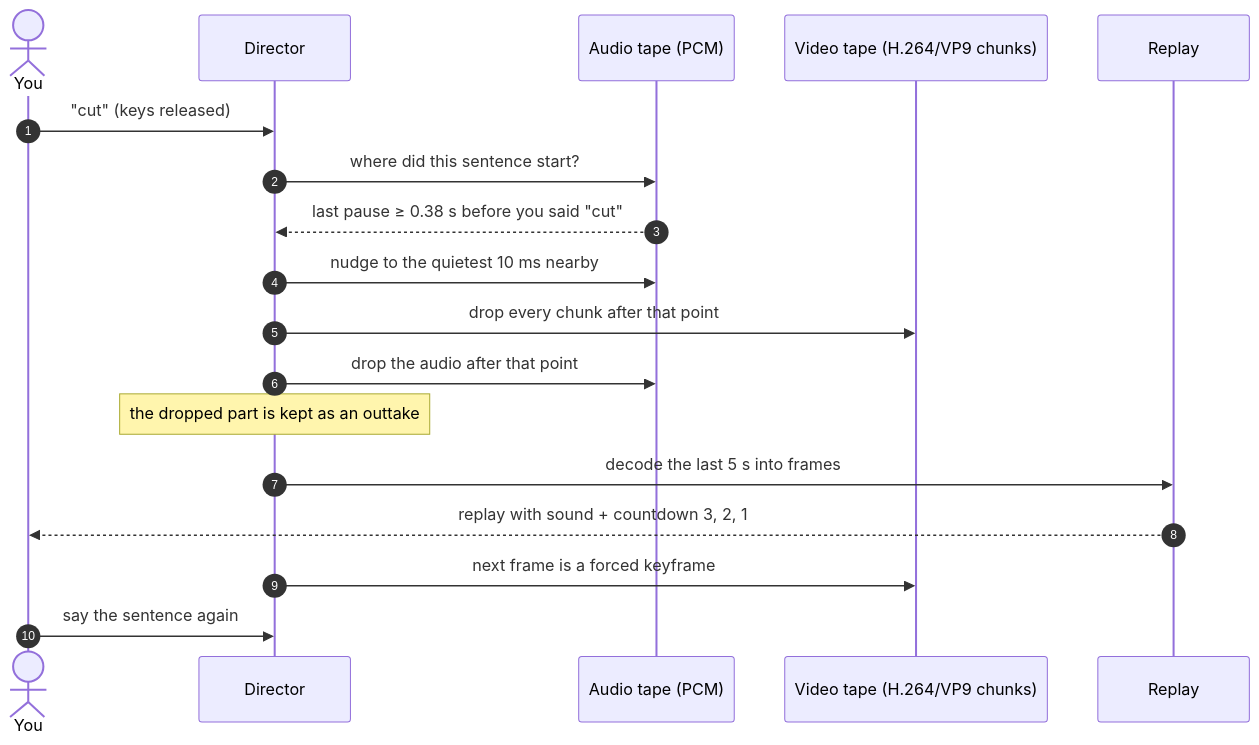
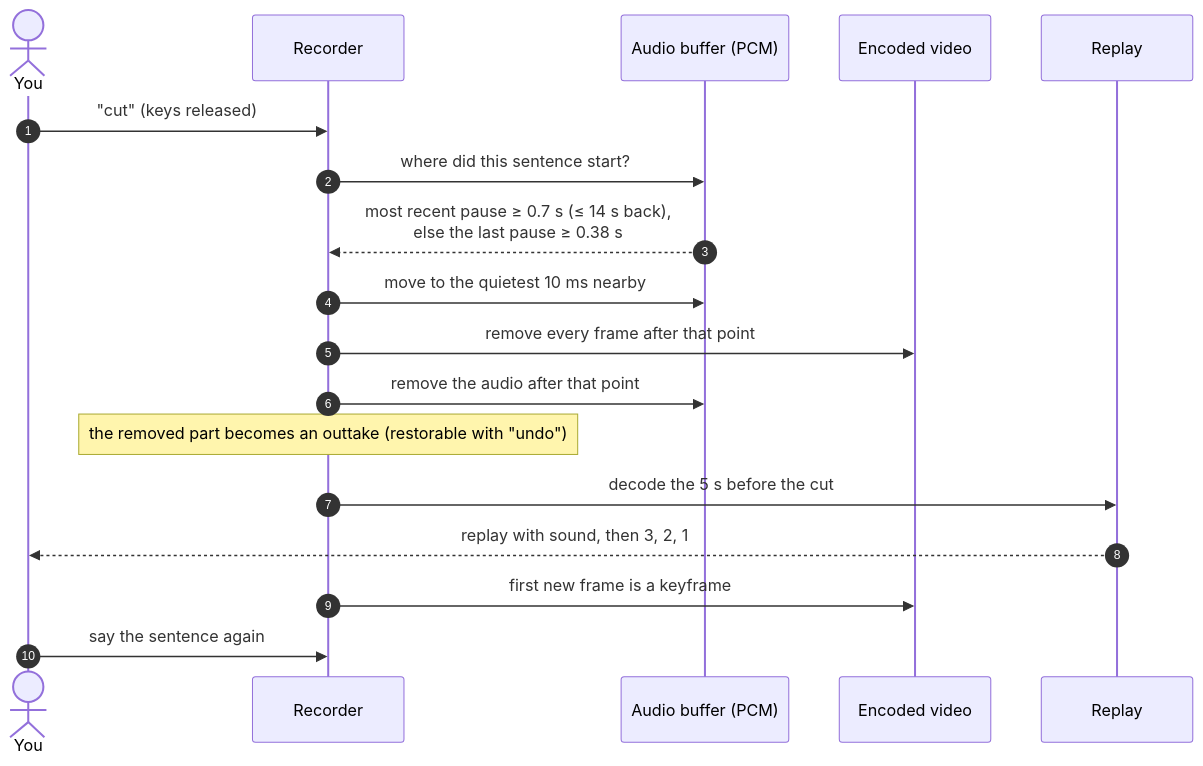
Before and after one commit to ScRocXx/Take1: the third of 6 diagrams in README.md, drawn with Mermaid. The commit also changed other lines of this file and 13 other files, not shown here.

````diff
--- a/README.md
+++ b/README.md
@@ -238,20 +203,20 @@
 ```mermaid
 sequenceDiagram
     autonumber
     actor You
-    participant D as Director
-    participant A as Audio tape (PCM)
-    participant V as Video tape (H.264/VP9 chunks)
-    participant R as Replay
-    You->>D: "cut" (keys released)
-    D->>A: where did this sentence start?
-    A-->>D: last pause ≥ 0.38 s before you said "cut"
-    D->>A: nudge to the quietest 10 ms nearby
-    D->>V: drop every chunk after that point
-    D->>A: drop the audio after that point
-    Note over D: the dropped part is kept as an outtake
-    D->>R: decode the last 5 s into frames
-    R-->>You: replay with sound + countdown 3, 2, 1
-    D->>V: next frame is a forced keyframe
-    You->>D: say the sentence again
+    participant R as Recorder
+    participant A as Audio buffer (PCM)
+    participant V as Encoded video
+    participant P as Replay
+    You->>R: "cut" (keys released)
+    R->>A: where did this sentence start?
+    A-->>R: most recent pause ≥ 0.7 s (≤ 14 s back),<br/>else the last pause ≥ 0.38 s
+    R->>A: move to the quietest 10 ms nearby
+    R->>V: remove every frame after that point
+    R->>A: remove the audio after that point
+    Note over R: the removed part becomes an outtake (restorable with "undo")
+    R->>P: decode the 5 s before the cut
+    P-->>You: replay with sound, then 3, 2, 1
+    R->>V: first new frame is a keyframe
+    You->>R: say the sentence again
 ```
````
